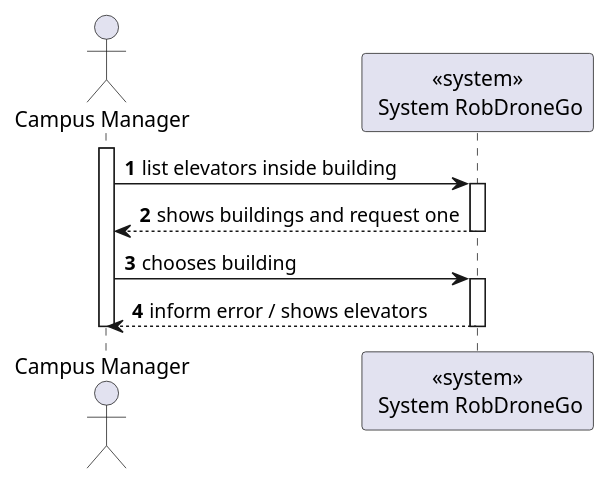
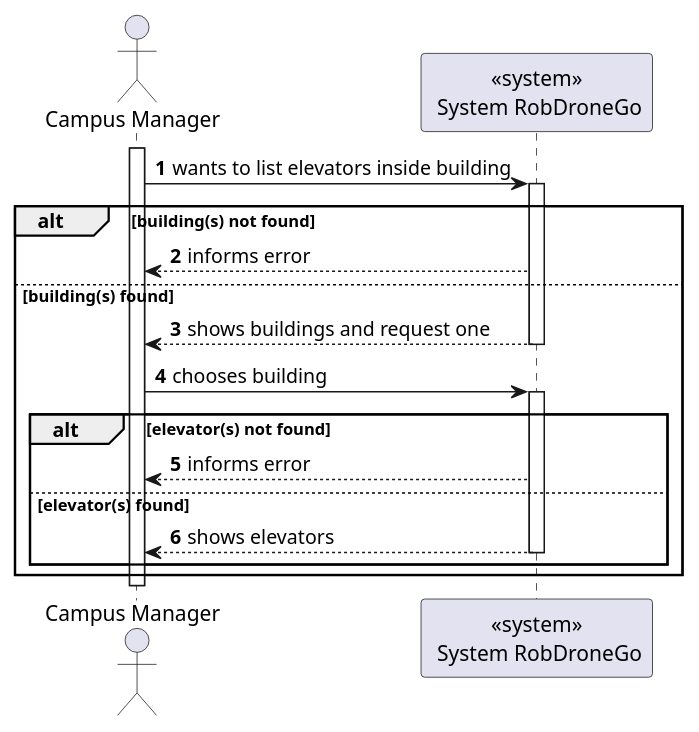
Before and after one commit to Departamento-de-Engenharia-Informatica/lapr5-23-24-g19: the diagram in docs/us1140/level1/process-view.puml, drawn with PlantUML. The commit also changed 13 other files, not shown here.

```diff
--- a/docs/us1140/level1/process-view.puml
+++ b/docs/us1140/level1/process-view.puml
@@ -1,22 +1,34 @@
 @startuml
 autonumber
 
 actor "Campus Manager" as usr
 
 participant "<<system>>\n System RobDroneGo" as sys
 
 activate usr
-    usr -> sys : list elevators inside building
+    usr -> sys : wants to list elevators inside building
     activate sys
-        sys --> usr : shows buildings and request one
-    deactivate sys
+
+        alt building(s) not found
+            sys --> usr : informs error
+        else building(s) found
+            sys --> usr : shows buildings and request one
+        deactivate sys
 
     usr -> sys : chooses building
     activate sys
-        sys --> usr: inform error / shows elevators
 
+        alt elevator(s) not found
+            sys --> usr : informs error
+        else elevator(s) found
+            sys --> usr : shows elevators
+        deactivate sys
+
+
+end
+end
     deactivate sys
 
 deactivate usr
 
 @enduml
```
